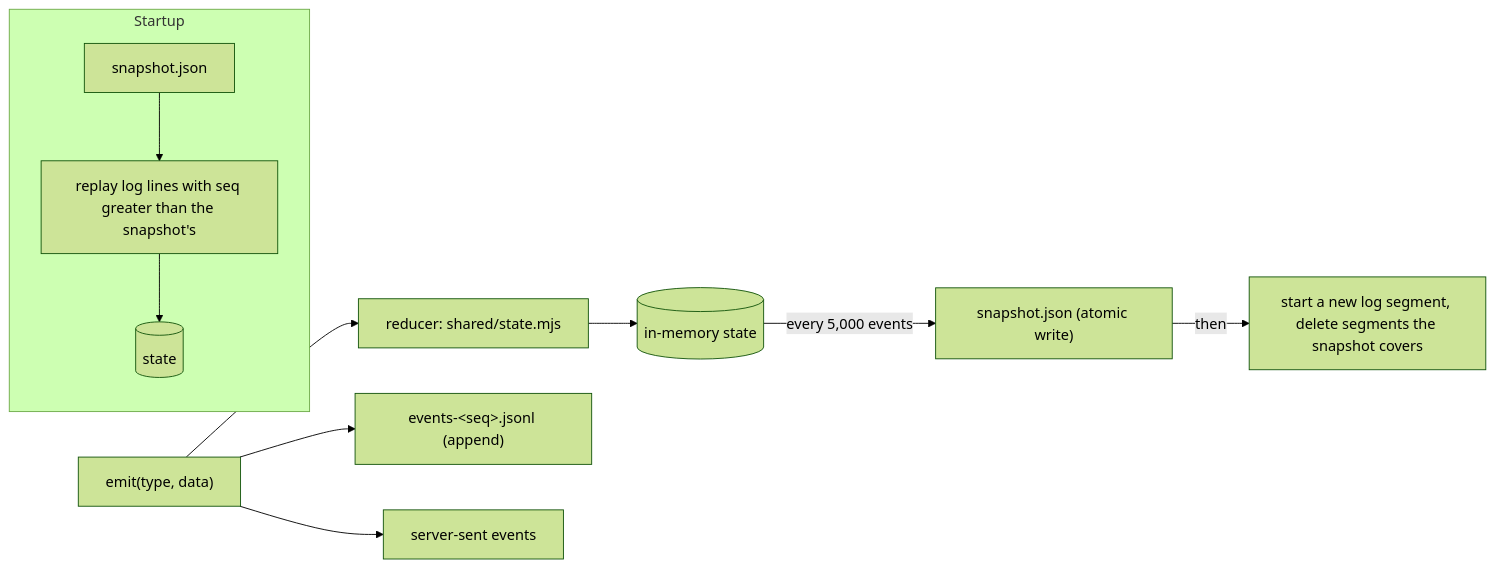
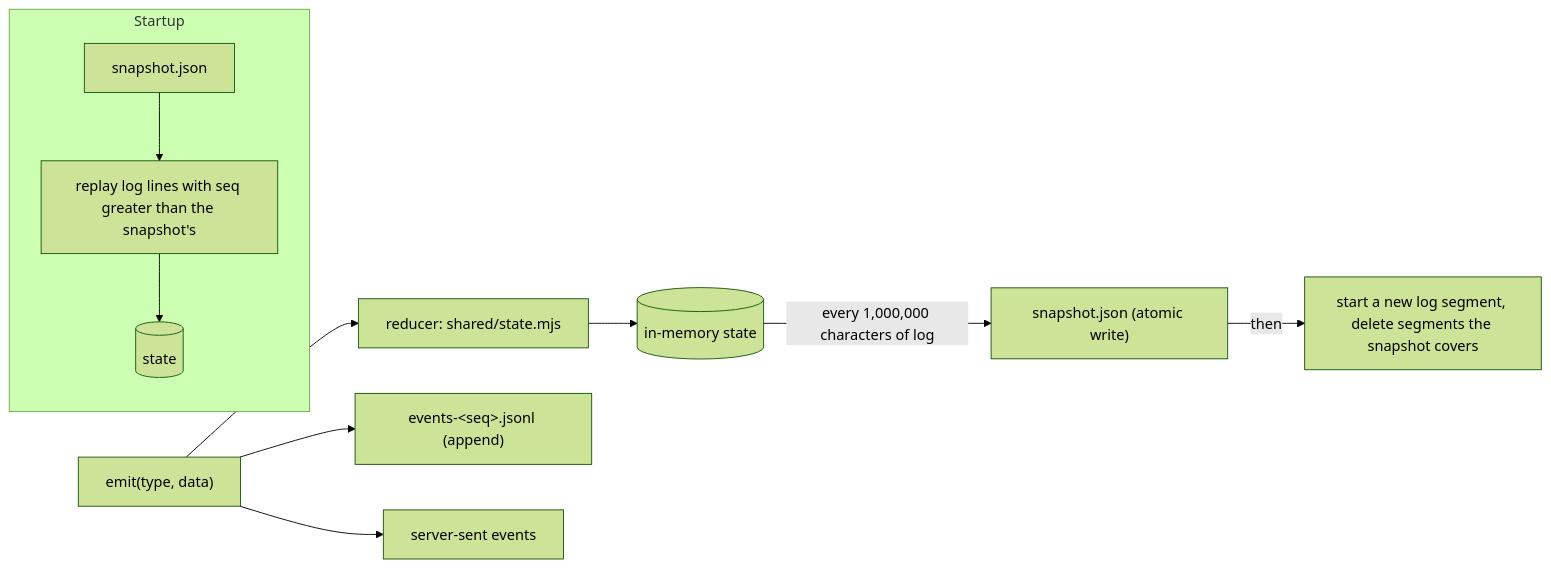
Before and after one commit to HJeon139/postbox: the first of 2 diagrams in designs/architecture/store.md, drawn with Mermaid (forest theme). The commit also changed other lines of this file and 14 other files, not shown here.

First line of the commit message:
feat(store): snapshot after so much log written, not after so many events

````diff
--- a/designs/architecture/store.md
+++ b/designs/architecture/store.md
@@ -42,12 +42,12 @@
 ```mermaid
 flowchart LR
   E["emit(type, data)"] --> R["reducer: shared/state.mjs"]
   R --> M[("in-memory state")]
   E --> L["events-&lt;seq&gt;.jsonl (append)"]
   E --> SSE[server-sent events]
-  M -->|every 5,000 events| SN["snapshot.json (atomic write)"]
+  M -->|every 1,000,000 characters of log| SN["snapshot.json (atomic write)"]
   SN -->|then| ROT["start a new log segment, delete segments the snapshot covers"]
   subgraph Startup
     SN2[snapshot.json] --> REPLAY["replay log lines with seq greater than the snapshot's"] --> M2[("state")]
   end
 ```
````
